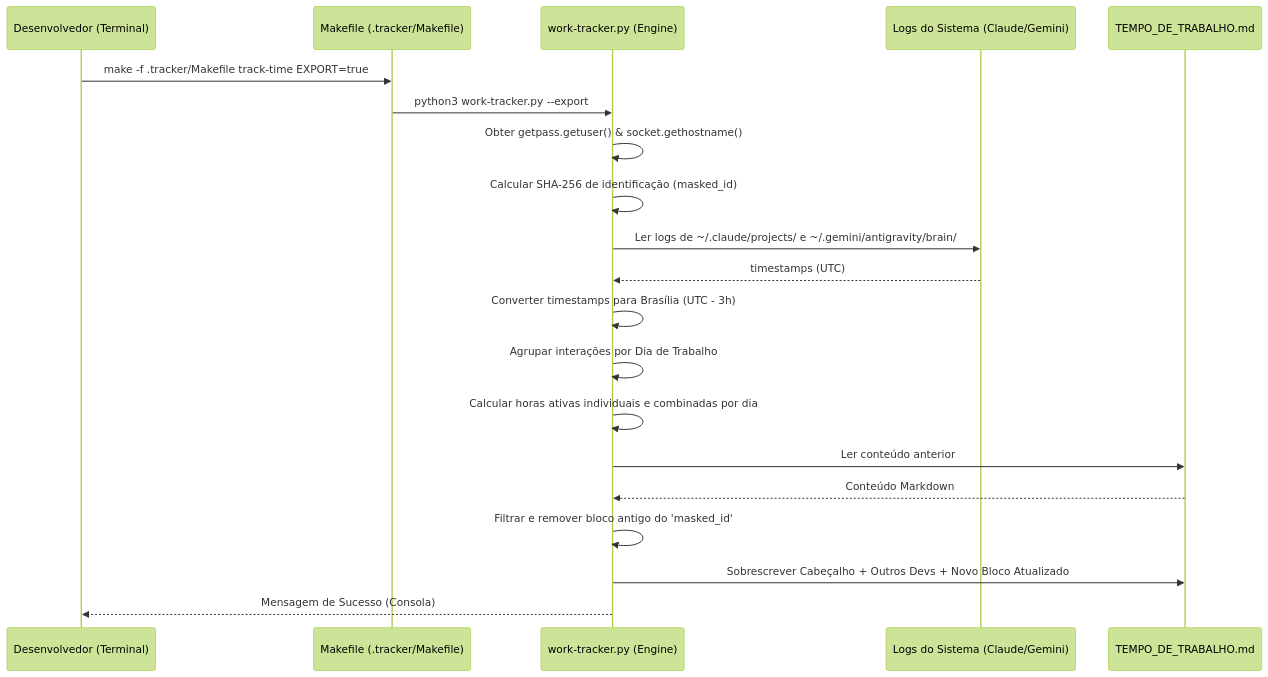
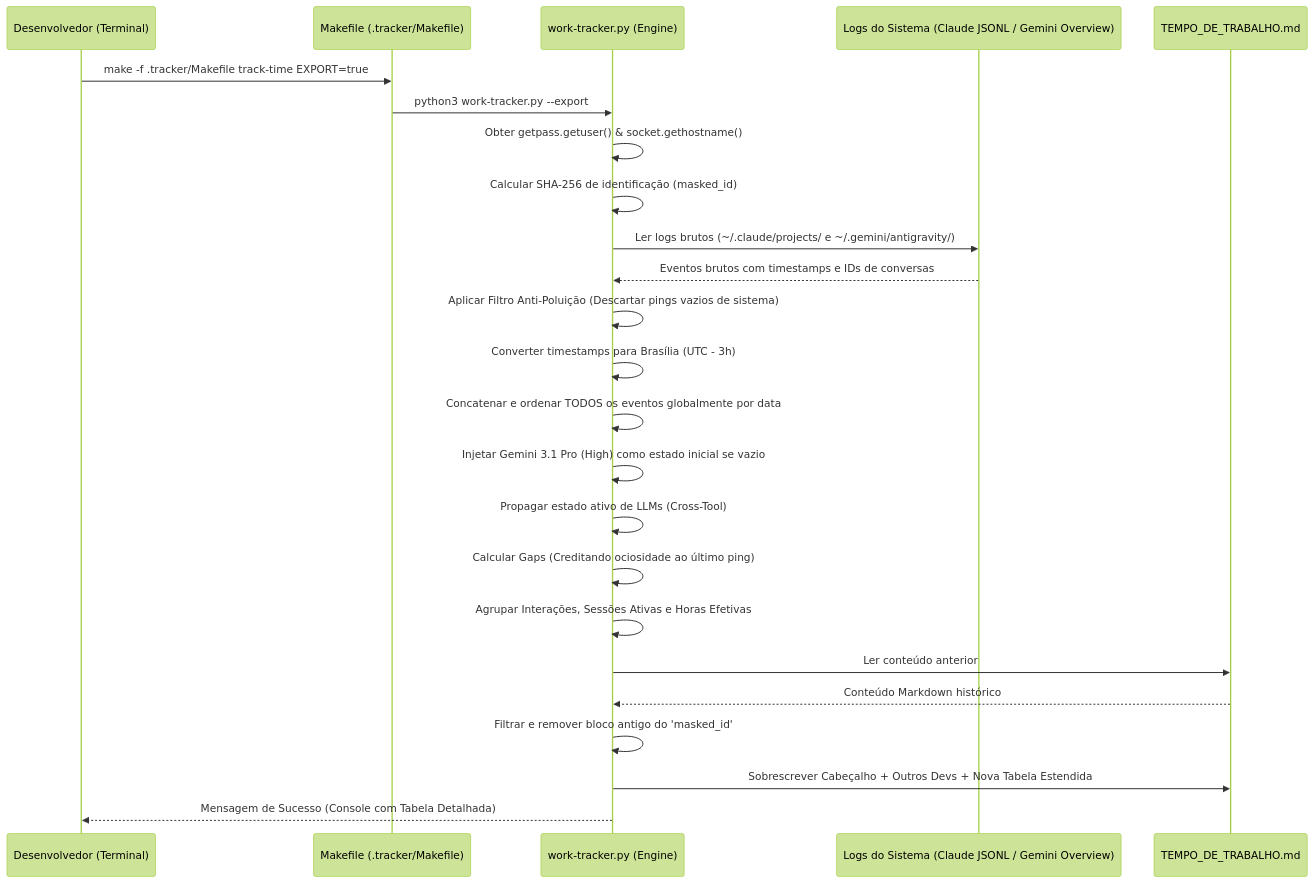
Before and after one commit to ismaelsoj/cluster-kubernetes: the diagram in .tracker/work-tracker-architecture.md, drawn with Mermaid (forest theme). The commit also changed other lines of this file and 4 other files, not shown here.

````diff
--- a/.tracker/work-tracker-architecture.md
+++ b/.tracker/work-tracker-architecture.md
@@ -98,23 +118,27 @@
 ```mermaid
 sequenceDiagram
     participant D as Desenvolvedor (Terminal)
     participant M as Makefile (.tracker/Makefile)
     participant W as work-tracker.py (Engine)
-    participant FS as Logs do Sistema (Claude/Gemini)
+    participant FS as Logs do Sistema (Claude JSONL / Gemini Overview)
     participant MD as TEMPO_DE_TRABALHO.md
     
     D->>M: make -f .tracker/Makefile track-time EXPORT=true
     M->>W: python3 work-tracker.py --export
     W->>W: Obter getpass.getuser() & socket.gethostname()
     W->>W: Calcular SHA-256 de identificação (masked_id)
-    W->>FS: Ler logs de ~/.claude/projects/ e ~/.gemini/antigravity/brain/
-    FS-->>W: timestamps (UTC)
+    W->>FS: Ler logs brutos (~/.claude/projects/ e ~/.gemini/antigravity/)
+    FS-->>W: Eventos brutos com timestamps e IDs de conversas
+    W->>W: Aplicar Filtro Anti-Poluição (Descartar pings vazios de sistema)
     W->>W: Converter timestamps para Brasília (UTC - 3h)
-    W->>W: Agrupar interações por Dia de Trabalho
-    W->>W: Calcular horas ativas individuais e combinadas por dia
+    W->>W: Concatenar e ordenar TODOS os eventos globalmente por data
+    W->>W: Injetar Gemini 3.1 Pro (High) como estado inicial se vazio
+    W->>W: Propagar estado ativo de LLMs (Cross-Tool)
+    W->>W: Calcular Gaps (Creditando ociosidade ao último ping)
+    W->>W: Agrupar Interações, Sessões Ativas e Horas Efetivas
     W->>MD: Ler conteúdo anterior
-    MD-->>W: Conteúdo Markdown
+    MD-->>W: Conteúdo Markdown histórico
     W->>W: Filtrar e remover bloco antigo do 'masked_id'
-    W->>MD: Sobrescrever Cabeçalho + Outros Devs + Novo Bloco Atualizado
-    W-->>D: Mensagem de Sucesso (Consola)
+    W->>MD: Sobrescrever Cabeçalho + Outros Devs + Nova Tabela Estendida
+    W-->>D: Mensagem de Sucesso (Console com Tabela Detalhada)
 ```
````
